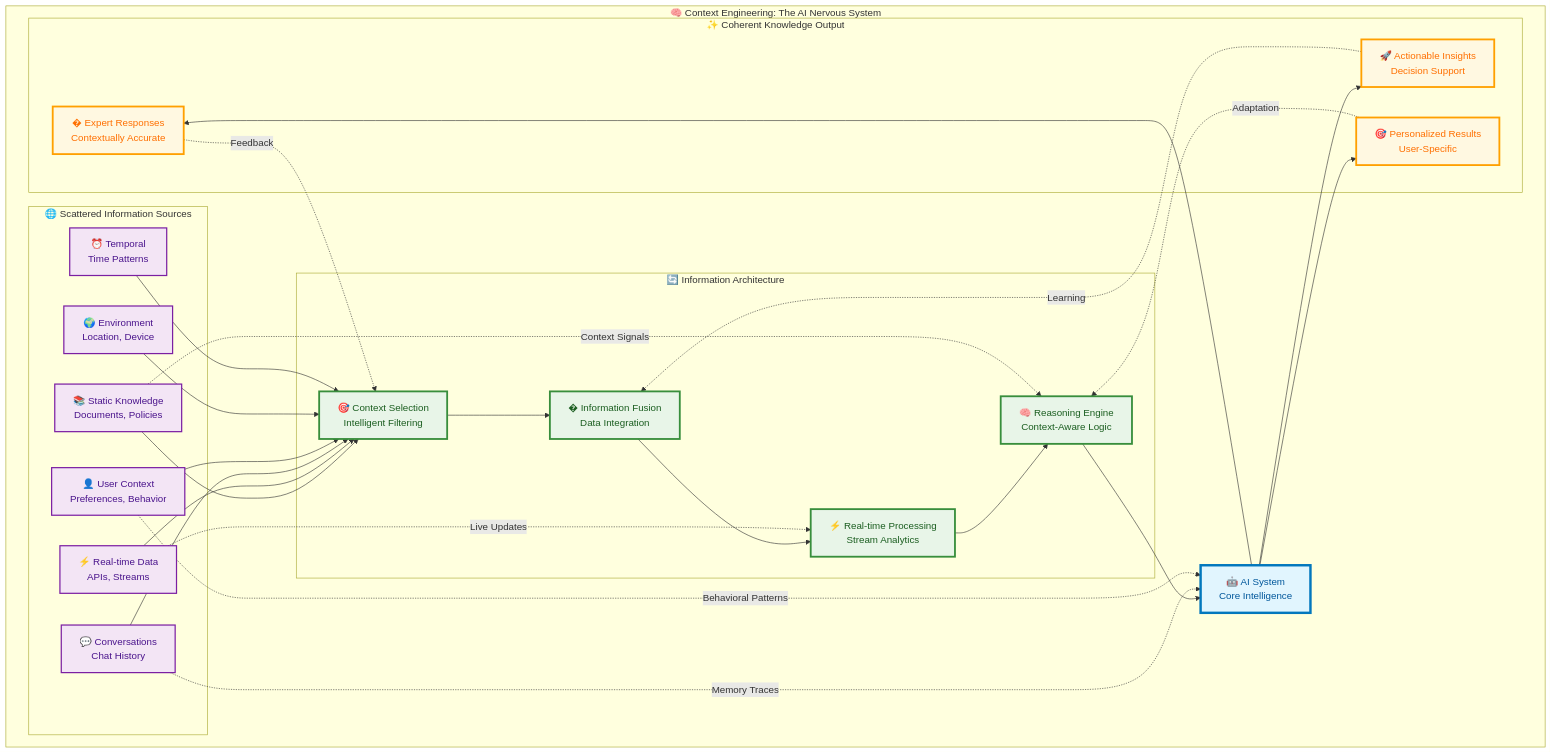
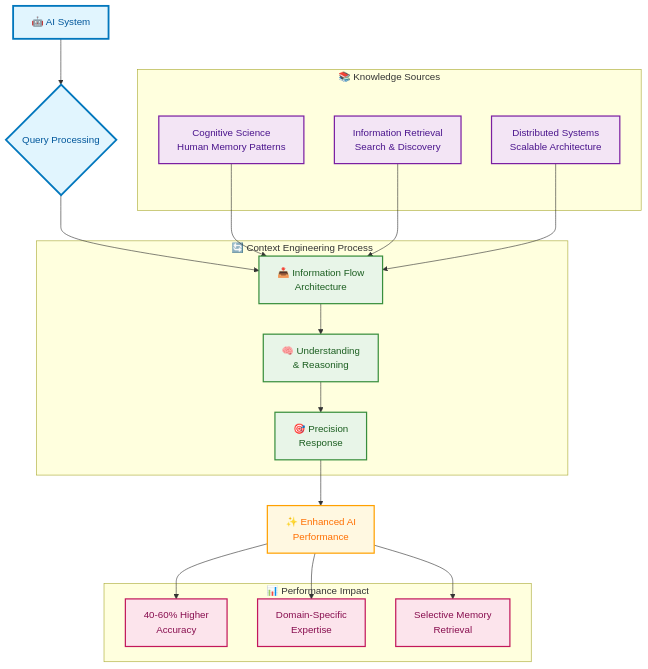
One commit to raphaelmansuy/tutorials changed the second of 14 diagrams in 32_context_engineering/03_what_is_context_engineering.md. Above: the diagram before and after it, drawn with Mermaid. The commit also changed other lines of this file, not shown here.

Commit message:
Enhance Chapter 3 of Context Engineering tutorial: add detailed flowcharts illustrating context types and the context engineering process for improved understanding and clarity.

````diff
--- a/32_context_engineering/03_what_is_context_engineering.md
+++ b/32_context_engineering/03_what_is_context_engineering.md
@@ -46,67 +71,49 @@
 ```mermaid
-flowchart TB
-    subgraph "🧠 Context Engineering: The AI Nervous System"
-        A[🤖 AI System<br/>Core Intelligence] 
-        
-        subgraph "🌐 Scattered Information Sources"
-            B[📚 Static Knowledge<br/>Documents, Policies]
-            C[⚡ Real-time Data<br/>APIs, Streams]
-            D[💬 Conversations<br/>Chat History]
-            E[👤 User Context<br/>Preferences, Behavior]
-            F[🌍 Environment<br/>Location, Device]
-            G[⏰ Temporal<br/>Time Patterns]
-        end
-        
-        subgraph "🔄 Information Architecture"
-            H[🎯 Context Selection<br/>Intelligent Filtering]
-            I[� Information Fusion<br/>Data Integration]
-            J[⚡ Real-time Processing<br/>Stream Analytics]
-            K[🧠 Reasoning Engine<br/>Context-Aware Logic]
-        end
-        
-        subgraph "✨ Coherent Knowledge Output"
-            L[� Expert Responses<br/>Contextually Accurate]
-            M[🚀 Actionable Insights<br/>Decision Support]
-            N[🎯 Personalized Results<br/>User-Specific]
-        end
+flowchart TD
+    A[🤖 AI System] --> B{Query Processing}
+    
+    subgraph "📚 Knowledge Sources"
+        C[Cognitive Science<br/>Human Memory Patterns]
+        D[Information Retrieval<br/>Search & Discovery]
+        E[Distributed Systems<br/>Scalable Architecture]
     end
     
-    %% Information Flow - The Nervous System Network
-    B --> H
-    C --> H
-    D --> H
-    E --> H
-    F --> H
+    subgraph "🔄 Context Engineering Process"
+        F[📥 Information Flow<br/>Architecture]
+        G[🧠 Understanding<br/>& Reasoning]
+        H[🎯 Precision<br/>Response]
+    end
+    
+    B --> F
+    F --> G
     G --> H
     
-    H --> I
+    C --> F
+    D --> F
+    E --> F
+    
+    H --> I[✨ Enhanced AI<br/>Performance]
+    
+    subgraph "📊 Performance Impact"
+        J[40-60% Higher<br/>Accuracy]
+        K[Domain-Specific<br/>Expertise]
+        L[Selective Memory<br/>Retrieval]
+    end
+    
     I --> J
-    J --> K
-    K --> A
+    I --> K
+    I --> L
     
-    A --> L
-    A --> M
-    A --> N
+    classDef aiSystem fill:#e1f5fe,stroke:#0277bd,stroke-width:3px,color:#01579b
+    classDef knowledge fill:#f3e5f5,stroke:#7b1fa2,stroke-width:2px,color:#4a148c
+    classDef process fill:#e8f5e8,stroke:#388e3c,stroke-width:2px,color:#1b5e20
+    classDef outcome fill:#fff8e1,stroke:#ffa000,stroke-width:2px,color:#ff6f00
+    classDef performance fill:#fce4ec,stroke:#c2185b,stroke-width:2px,color:#880e4f
     
-    %% Feedback Loop - Learning Network
-    L -.->|Feedback| H
-    M -.->|Learning| I
-    N -.->|Adaptation| K
-    
-    %% Neural Network Style Connections
-    B -.->|Context Signals| K
-    C -.->|Live Updates| J
-    D -.->|Memory Traces| A
-    E -.->|Behavioral Patterns| A
-    
-    %% Styling
-    classDef aiCore fill:#e1f5fe,stroke:#0277bd,stroke-width:4px,color:#01579b
-    classDef infoSources fill:#f3e5f5,stroke:#7b1fa2,stroke-width:2px,color:#4a148c
-    classDef architecture fill:#e8f5e8,stroke:#388e3c,stroke-width:3px,color:#1b5e20
-    classDef output fill:#fff8e1,stroke:#ffa000,stroke-width:3px,color:#ff6f00
-    
-    class A aiCore
-    class B,C,D,E,F,G infoSources
-    class H,I,J,K architecture
-    class L,M,N output
+    class A aiSystem
+    class B aiSystem
+    class C,D,E knowledge
+    class F,G,H process
+    class I outcome
+    class J,K,L performance
 ```
````
